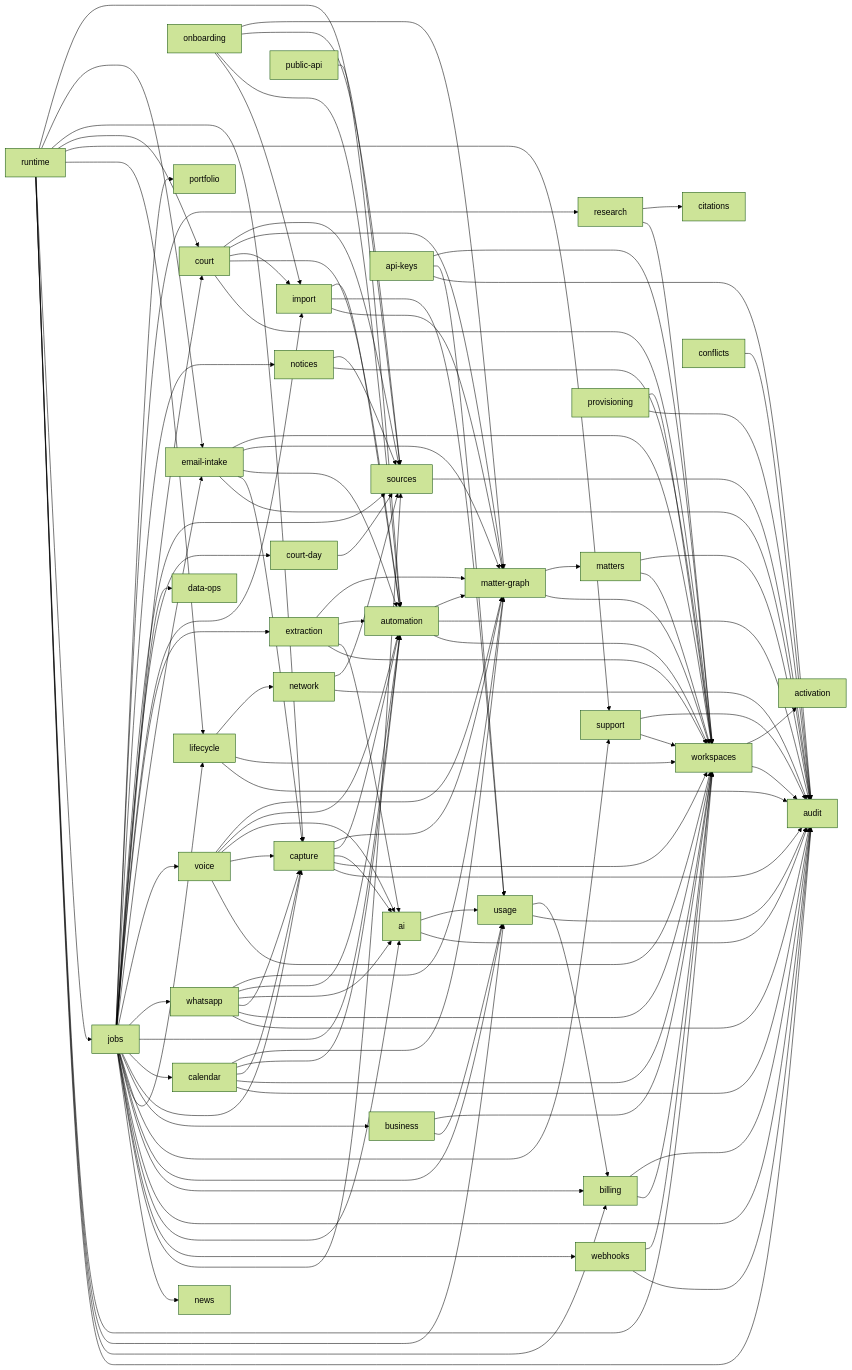
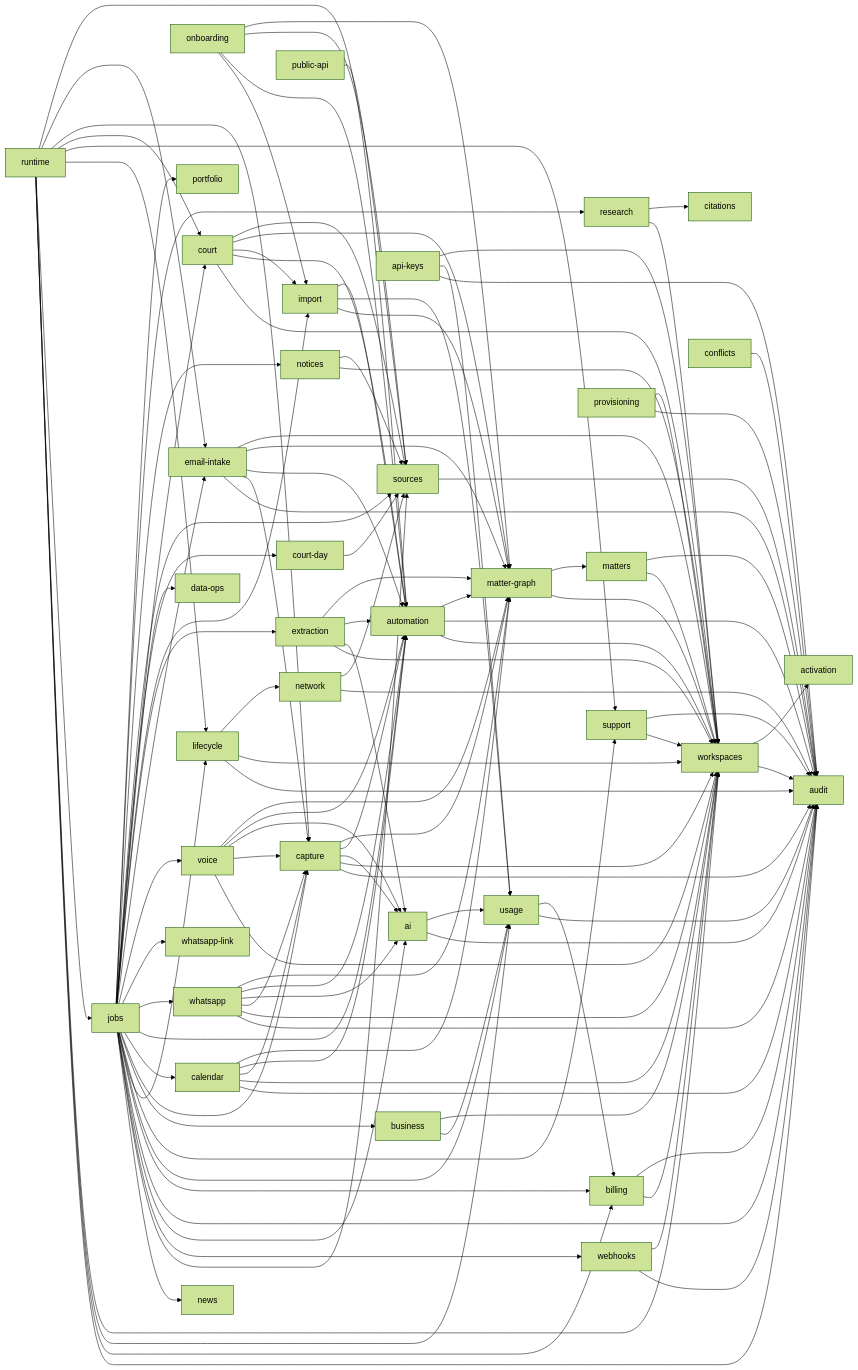
One commit to RapierCraftStudios/causedeck changed the diagram in docs/engineering/core-domains.md. Above: the diagram before and after it, drawn with Mermaid (forest theme). The commit also changed other lines of this file and 16 other files, not shown here.

```diff
--- a/docs/engineering/core-domains.md
+++ b/docs/engineering/core-domains.md
@@ -154,6 +154,7 @@
   jobs --> calendar
   jobs --> automation
   jobs --> whatsapp
+  jobs --> whatsapp-link
   jobs --> voice
   jobs --> email-intake
   jobs --> extraction
```
